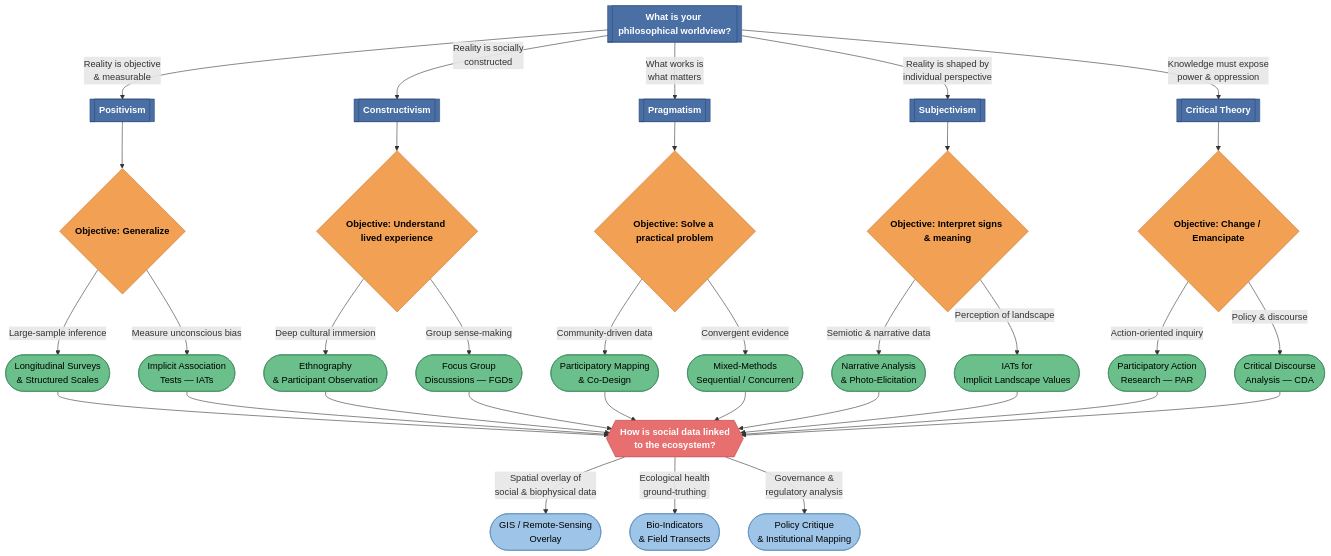
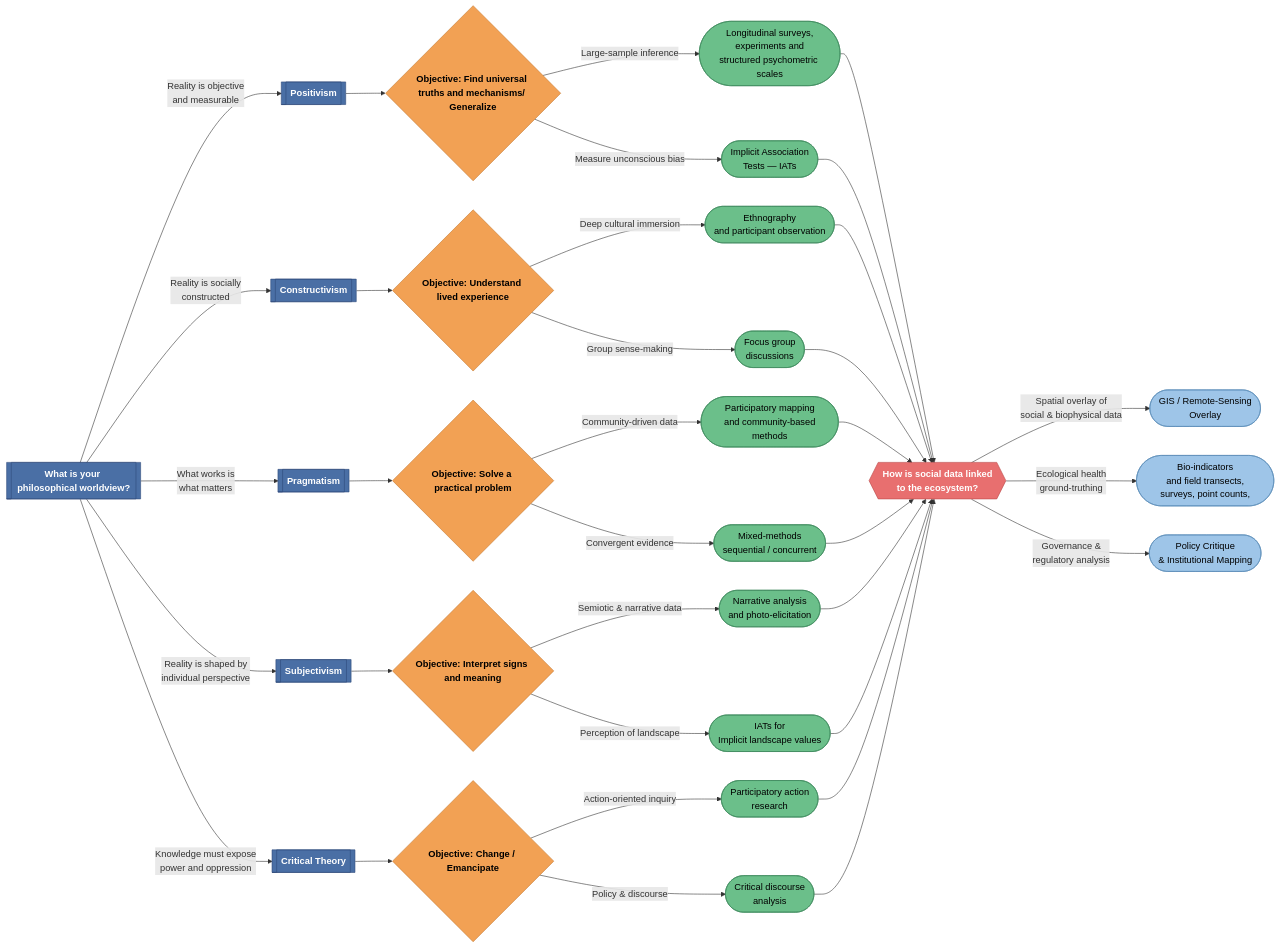
The diagram in Step_01_Epistemology_and_Method_Selection/decision_tree_source.md (Echeverri-Lab/Survey_methods), drawn with Mermaid before and after one commit.

Commit message:
chore: update mermaid chart to Left-to-Right layout

````diff
--- a/Step_01_Epistemology_and_Method_Selection/decision_tree_source.md
+++ b/Step_01_Epistemology_and_Method_Selection/decision_tree_source.md
@@ -10,71 +10,68 @@
 ```mermaid
-graph TD
-    %% ===== LAYER 1 — Epistemology (Philosophical Paradigm) =====
-    EP[[What is your philosophical worldview?]]
+flowchart LR
 
-    EP -->|Reality is objective<br>& measurable| POS[[Positivism]]
-    EP -->|Reality is socially<br>constructed| CON[[Constructivism]]
-    EP -->|What works is<br>what matters| PRA[[Pragmatism]]
-    EP -->|Reality is shaped by<br>individual perspective| SUB[[Subjectivism]]
-    EP -->|Knowledge must expose<br>power & oppression| CRT[[Critical Theory]]
+    EP[["What is your philosophical worldview?"]] -- Reality is objective<br>and measurable --> POS[["Positivism"]]
+    EP -- Reality is socially<br>constructed --> CON[["Constructivism"]]
+    EP -- What works is<br>what matters --> PRA[["Pragmatism"]]
+    EP -- Reality is shaped by<br>individual perspective --> SUB[["Subjectivism"]]
+    EP -- Knowledge must expose<br>power and oppression --> CRT[["Critical Theory"]]
+    POS --> OBJ_GEN{"Objective: Find universal truths and mechanisms/ Generalize"}
+    CON --> OBJ_UND{"Objective: Understand lived experience"}
+    PRA --> OBJ_SOL{"Objective: Solve a practical problem"}
+    SUB --> OBJ_INT{"Objective: Interpret signs and meaning"}
+    CRT --> OBJ_CHG{"Objective: Change / Emancipate"}
+    OBJ_GEN -- "Large-sample inference" --> M_SURV(["Longitudinal surveys,<br> experiments and structured psychometric scales"])
+    OBJ_GEN -- Measure unconscious bias --> M_IAT(["Implicit Association<br>Tests — IATs"])
+    OBJ_UND -- Deep cultural immersion --> M_ETHN(["Ethnography<br> and participant observation"])
+    OBJ_UND -- "Group sense-making" --> M_FGD(["Focus group<br> discussions"])
+    OBJ_SOL -- "Community-driven data" --> M_PMAP(["Participatory mapping<br> and community-based methods"])
+    OBJ_SOL -- Convergent evidence --> M_MIX(["Mixed-methods<br>sequential / concurrent"])
+    OBJ_INT -- Semiotic & narrative data --> M_NARR(["Narrative analysis<br> and photo-elicitation"])
+    OBJ_INT -- Perception of landscape --> M_IAT2(["IATs for<br>Implicit landscape values"])
+    OBJ_CHG -- "Action-oriented inquiry" --> M_PAR(["Participatory action<br>research"])
+    OBJ_CHG -- Policy & discourse --> M_CDA(["Critical discourse<br>analysis"])
+    M_SURV --> BRIDGE{{"How is social data linked<br>to the ecosystem?"}}
+    M_IAT --> BRIDGE
+    M_ETHN --> BRIDGE
+    M_FGD --> BRIDGE
+    M_PMAP --> BRIDGE
+    M_MIX --> BRIDGE
+    M_NARR --> BRIDGE
+    M_IAT2 --> BRIDGE
+    M_PAR --> BRIDGE
+    M_CDA --> BRIDGE
+    BRIDGE -- Spatial overlay of<br>social &amp; biophysical data --> ECO_GIS(["GIS / Remote-Sensing<br>Overlay"])
+    BRIDGE -- "Ecological health<br>ground-truthing" --> ECO_BIO(["Bio-indicators<br> and field transects, surveys, point counts, "])
+    BRIDGE -- Governance &amp;<br>regulatory analysis --> ECO_POL(["Policy Critique<br>&amp; Institutional Mapping"])
 
-    %% ===== LAYER 2 — Research Objective =====
-    POS --> OBJ_GEN{Objective: Generalize}
-    CON --> OBJ_UND{Objective: Understand lived experience}
-    PRA --> OBJ_SOL{Objective: Solve a practical problem}
-    SUB --> OBJ_INT{Objective: Interpret signs & meaning}
-    CRT --> OBJ_CHG{Objective: Change / Emancipate}
-
-    %% ===== LAYER 3 — Methods & Tools =====
-
-    %% — Positivism branch —
-    OBJ_GEN -->|Large-sample inference| M_SURV([Longitudinal Surveys<br>& Structured Scales])
-    OBJ_GEN -->|Measure unconscious bias| M_IAT([Implicit Association<br>Tests — IATs])
-
-    %% — Constructivism branch —
-    OBJ_UND -->|Deep cultural immersion| M_ETHN([Ethnography<br>& Participant Observation])
-    OBJ_UND -->|Group sense-making| M_FGD([Focus Group<br>Discussions — FGDs])
-
-    %% — Pragmatism branch —
-    OBJ_SOL -->|Community-driven data| M_PMAP([Participatory Mapping<br>& Co-Design])
-    OBJ_SOL -->|Convergent evidence| M_MIX([Mixed-Methods<br>Sequential / Concurrent])
-
-    %% — Subjectivism branch —
-    OBJ_INT -->|Semiotic & narrative data| M_NARR([Narrative Analysis<br>& Photo-Elicitation])
-    OBJ_INT -->|Perception of landscape| M_IAT2([IATs for<br>Implicit Landscape Values])
-
-    %% — Critical Theory branch —
-    OBJ_CHG -->|Action-oriented inquiry| M_PAR([Participatory Action<br>Research — PAR])
-    OBJ_CHG -->|Policy & discourse| M_CDA([Critical Discourse<br>Analysis — CDA])
-
-    %% ===== LAYER 4 — Ecological Linkage (The SE Bridge) =====
-    BRIDGE{{"How is social data linked<br>to the ecosystem?"}}
-
-    M_SURV  --> BRIDGE
-    M_IAT   --> BRIDGE
-    M_ETHN  --> BRIDGE
-    M_FGD   --> BRIDGE
-    M_PMAP  --> BRIDGE
-    M_MIX   --> BRIDGE
-    M_NARR  --> BRIDGE
-    M_IAT2  --> BRIDGE
-    M_PAR   --> BRIDGE
-    M_CDA   --> BRIDGE
-
-    BRIDGE -->|Spatial overlay of<br>social & biophysical data| ECO_GIS([GIS / Remote-Sensing<br>Overlay])
-    BRIDGE -->|Ecological health<br>ground-truthing| ECO_BIO([Bio-Indicators<br>& Field Transects])
-    BRIDGE -->|Governance &<br>regulatory analysis| ECO_POL([Policy Critique<br>& Institutional Mapping])
-
-    %% ===== Styling =====
+     EP:::paradigm
+     POS:::paradigm
+     CON:::paradigm
+     PRA:::paradigm
+     SUB:::paradigm
+     CRT:::paradigm
+     OBJ_GEN:::objective
+     OBJ_UND:::objective
+     OBJ_SOL:::objective
+     OBJ_INT:::objective
+     OBJ_CHG:::objective
+     M_SURV:::method
+     M_IAT:::method
+     M_ETHN:::method
+     M_FGD:::method
+     M_PMAP:::method
+     M_MIX:::method
+     M_NARR:::method
+     M_IAT2:::method
+     M_PAR:::method
+     M_CDA:::method
+     BRIDGE:::bridge
+     ECO_GIS:::eco
+     ECO_BIO:::eco
+     ECO_POL:::eco
     classDef paradigm fill:#4A6FA5,stroke:#2E4A7A,color:#FFF,font-weight:bold
     classDef objective fill:#F2A154,stroke:#C57830,color:#000,font-weight:bold
     classDef method fill:#6BBF8A,stroke:#3E8A5C,color:#000
     classDef bridge fill:#E86F6F,stroke:#B84545,color:#FFF,font-weight:bold
     classDef eco fill:#9EC5E8,stroke:#5A8DB8,color:#000
-
-    class EP,POS,CON,PRA,SUB,CRT paradigm
-    class OBJ_GEN,OBJ_UND,OBJ_SOL,OBJ_INT,OBJ_CHG objective
-    class M_SURV,M_IAT,M_ETHN,M_FGD,M_PMAP,M_MIX,M_NARR,M_IAT2,M_PAR,M_CDA method
-    class BRIDGE bridge
-    class ECO_GIS,ECO_BIO,ECO_POL eco
 ```
````
